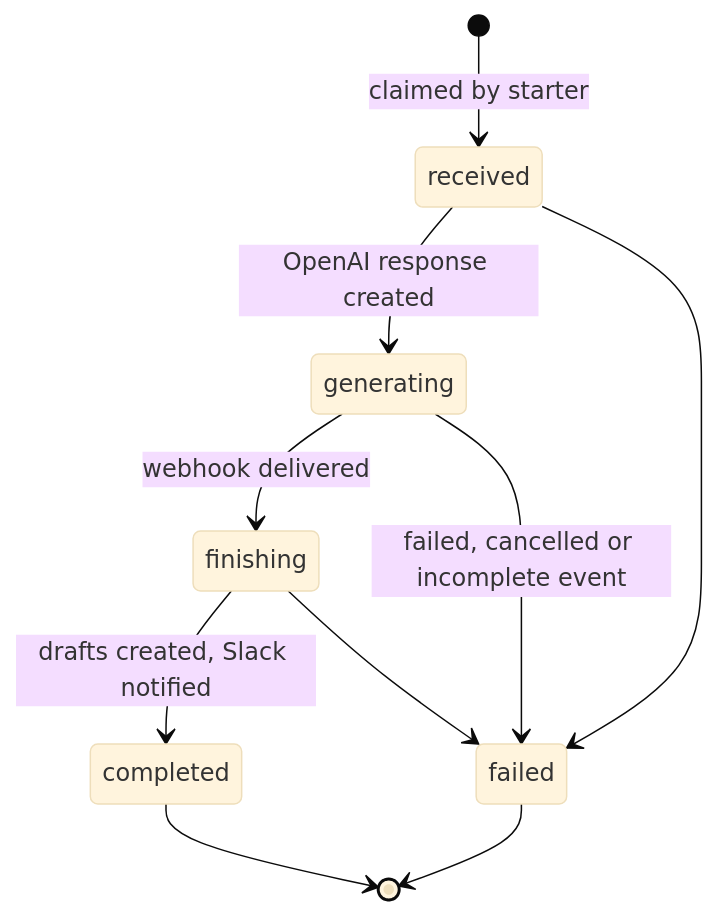
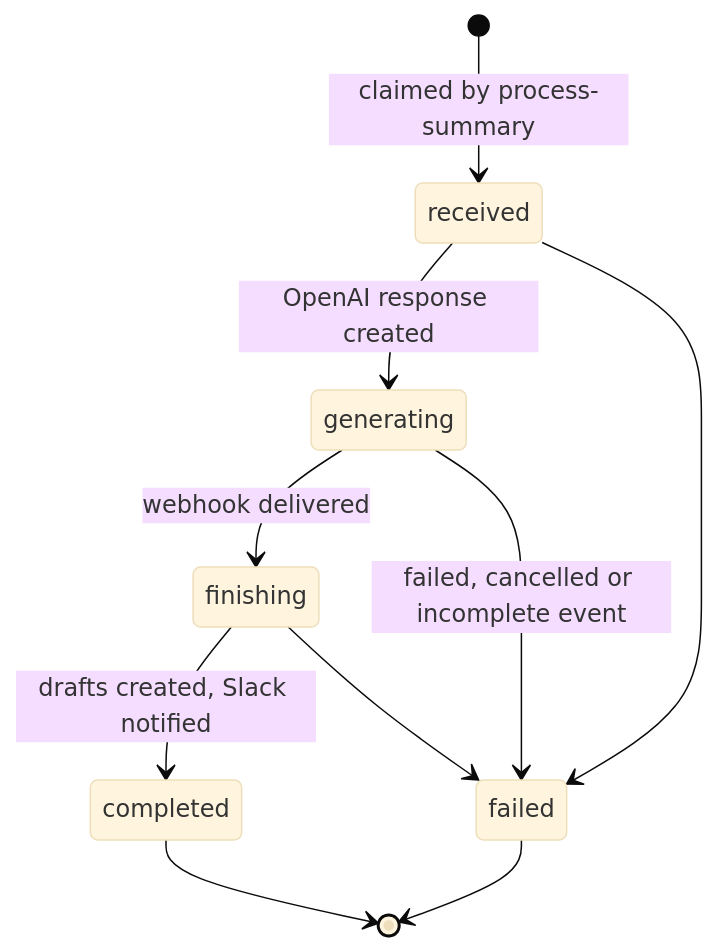
Before and after one commit to RoryDaly1998/Huddle-Ticket-Automation: the third of 3 diagrams in architecture.md, drawn with Mermaid (base theme). The commit also changed other lines of this file and 4 other files, not shown here.

````diff
--- a/architecture.md
+++ b/architecture.md
@@ -172,12 +182,12 @@
 ```mermaid
 stateDiagram-v2
-  [*] --> received: claimed by starter
+  [*] --> received: claimed by process-summary
   received --> generating: OpenAI response created
   generating --> finishing: webhook delivered
   finishing --> completed: drafts created, Slack notified
   received --> failed
   generating --> failed: failed, cancelled or incomplete event
   finishing --> failed
   completed --> [*]
   failed --> [*]
 ```
````
